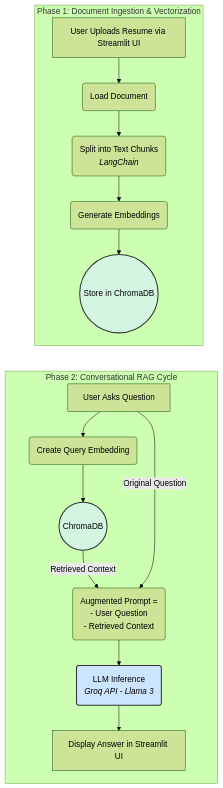
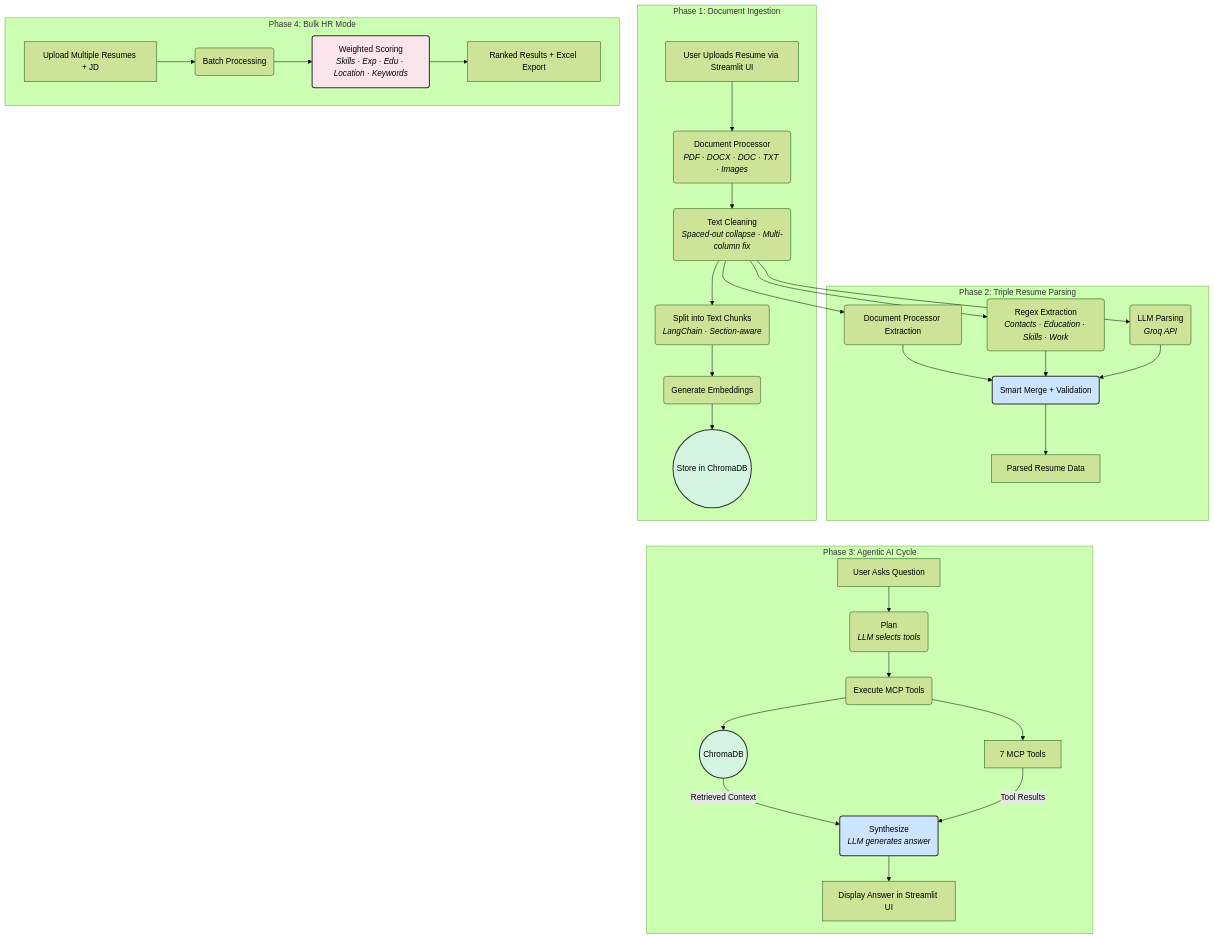
The diagram in README.md (VijaiVenkatesan/Agentic_AI_Resume_Chatbot), drawn with Mermaid (forest theme) before and after one commit. The commit also changed other lines of this file, not shown here.

````diff
--- a/README.md
+++ b/README.md
@@ -11,25 +14,45 @@
 ```mermaid
 graph TD
-    subgraph "Phase 1: Document Ingestion & Vectorization"
-        A[User Uploads Resume via Streamlit UI] --> B(Load Document);
-        B --> C(Split into Text Chunks <br><i>LangChain</i>);
+    subgraph "Phase 1: Document Ingestion"
+        A[User Uploads Resume via Streamlit UI] --> B(Document Processor<br><i>PDF · DOCX · DOC · TXT · Images</i>);
+        B --> B1(Text Cleaning<br><i>Spaced-out collapse · Multi-column fix</i>);
+        B1 --> C(Split into Text Chunks<br><i>LangChain · Section-aware</i>);
         C --> D(Generate Embeddings);
         D --> E((Store in ChromaDB));
     end
 
-    subgraph "Phase 2: Conversational RAG Cycle"
-        H[User Asks Question] --> I(Create Query Embedding);
-        I --> J((ChromaDB));
-        J -- Retrieved Context --> K(Augmented Prompt = <br> - User Question <br> - Retrieved Context);
-        H -- Original Question --> K;
-        K --> L(LLM Inference <br><i>Groq API - Llama 3</i>);
-        L --> M[Display Answer in Streamlit UI];
+    subgraph "Phase 2: Triple Resume Parsing"
+        B1 --> P1(Document Processor Extraction);
+        B1 --> P2(Regex Extraction<br><i>Contacts · Education · Skills · Work</i>);
+        B1 --> P3(LLM Parsing<br><i>Groq API</i>);
+        P1 --> PM(Smart Merge + Validation);
+        P2 --> PM;
+        P3 --> PM;
+        PM --> PR[Parsed Resume Data];
     end
 
-    %% This invisible link forces the correct layout order
+    subgraph "Phase 3: Agentic AI Cycle"
+        H[User Asks Question] --> PL(Plan<br><i>LLM selects tools</i>);
+        PL --> EX(Execute MCP Tools);
+        EX --> J((ChromaDB));
+        EX --> T1[7 MCP Tools];
+        J -- Retrieved Context --> SY;
+        T1 -- Tool Results --> SY(Synthesize<br><i>LLM generates answer</i>);
+        SY --> M[Display Answer in Streamlit UI];
+    end
+
+    subgraph "Phase 4: Bulk HR Mode"
+        BU[Upload Multiple Resumes + JD] --> BP(Batch Processing);
+        BP --> SC(Weighted Scoring<br><i>Skills · Exp · Edu · Location · Keywords</i>);
+        SC --> RK[Ranked Results + Excel Export];
+    end
+
     E ~~~ H
+    PR ~~~ H
 
     style E fill:#d5f5e3,stroke:#333,stroke-width:2px
     style J fill:#d5f5e3,stroke:#333,stroke-width:2px
-    style L fill:#cce5ff,stroke:#333,stroke-width:2px
+    style PM fill:#cce5ff,stroke:#333,stroke-width:2px
+    style SY fill:#cce5ff,stroke:#333,stroke-width:2px
+    style SC fill:#fce4ec,stroke:#333,stroke-width:2px
 ```
````
